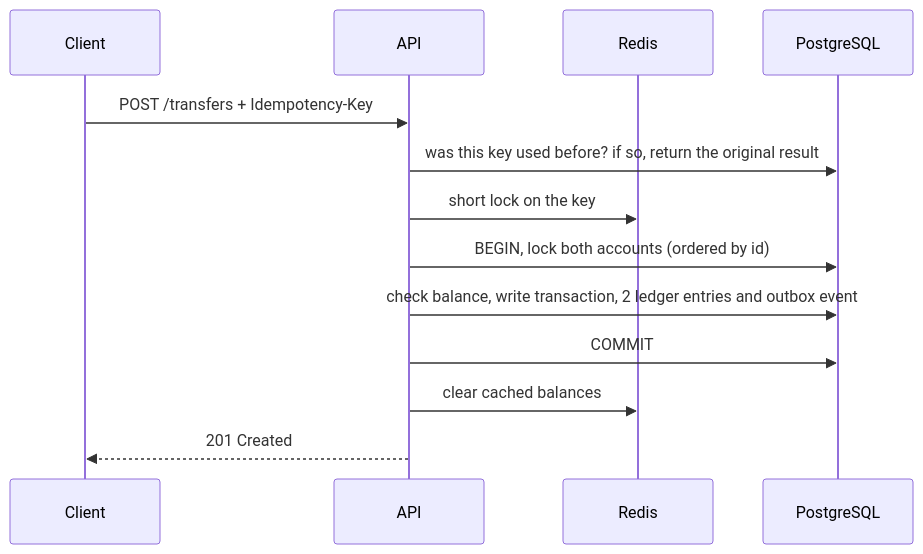
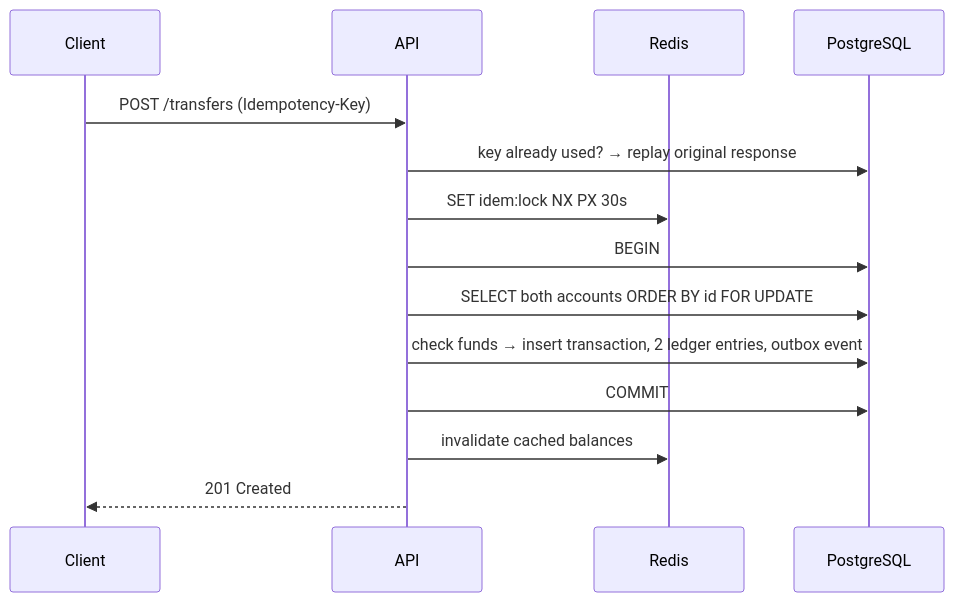
The second of 2 diagrams in README.md (mikaelapg/fintech-wallet-platform), drawn with Mermaid before and after one commit. The commit also changed other lines of this file, not shown here.

Commit message:
docs: document architecture and technical decisions

````diff
--- a/README.md
+++ b/README.md
@@ -39,15 +44,16 @@
 ```mermaid
 sequenceDiagram
     participant C as Client
     participant A as API
     participant R as Redis
     participant P as PostgreSQL
-    C->>A: POST /transfers + Idempotency-Key
-    A->>P: was this key used before? if so, return the original result
-    A->>R: short lock on the key
-    A->>P: BEGIN, lock both accounts (ordered by id)
-    A->>P: check balance, write transaction, 2 ledger entries and outbox event
+    C->>A: POST /transfers (Idempotency-Key)
+    A->>P: key already used? → replay original response
+    A->>R: SET idem:lock NX PX 30s
+    A->>P: BEGIN
+    A->>P: SELECT both accounts ORDER BY id FOR UPDATE
+    A->>P: check funds → insert transaction, 2 ledger entries, outbox event
     A->>P: COMMIT
-    A->>R: clear cached balances
+    A->>R: invalidate cached balances
     A-->>C: 201 Created
 ```
````
